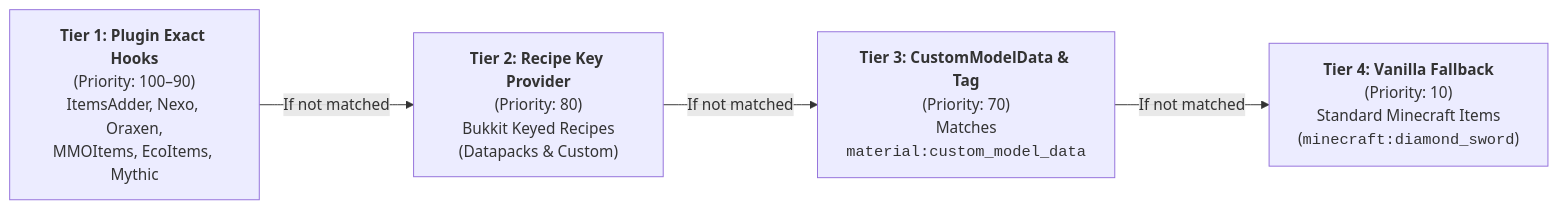
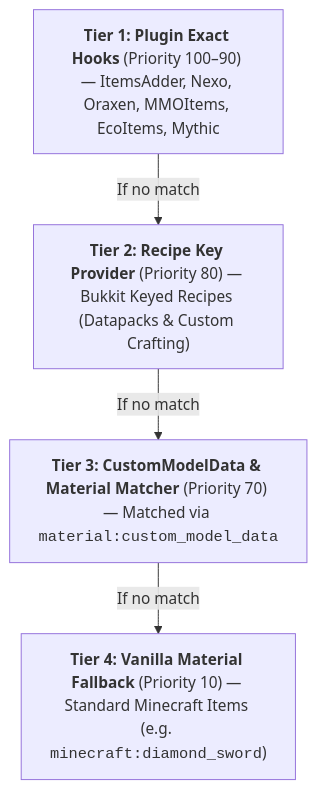
The diagram in docs/authoring/custom-items-spi.md (XZtotal/CraftingBlueprints-Wiki), drawn with Mermaid before and after one commit. The commit also changed 31 other files, not shown here.

Commit message:
style(docs): optimize diagram proportions, center all diagrams, and fix table padding

````diff
--- a/docs/authoring/custom-items-spi.md
+++ b/docs/authoring/custom-items-spi.md
@@ -33,11 +33,7 @@
 ```mermaid
-flowchart LR
-    T1["<b>Tier 1: Plugin Exact Hooks</b><br/>(Priority: 100–90)<br/>ItemsAdder, Nexo, Oraxen,<br/>MMOItems, EcoItems, Mythic"]
-    T2["<b>Tier 2: Recipe Key Provider</b><br/>(Priority: 80)<br/>Bukkit Keyed Recipes<br/>(Datapacks &amp; Custom)"]
-    T3["<b>Tier 3: CustomModelData &amp; Tag</b><br/>(Priority: 70)<br/>Matches<br/><code>material:custom_model_data</code>"]
-    T4["<b>Tier 4: Vanilla Fallback</b><br/>(Priority: 10)<br/>Standard Minecraft Items<br/>(<code>minecraft:diamond_sword</code>)"]
-
-    T1 -->|If not matched| T2
-    T2 -->|If not matched| T3
-    T3 -->|If not matched| T4
+flowchart TD
+    T1["<b>Tier 1: Plugin Exact Hooks</b> (Priority 100–90) — ItemsAdder, Nexo, Oraxen, MMOItems, EcoItems, Mythic"]
+    -->|If no match| T2["<b>Tier 2: Recipe Key Provider</b> (Priority 80) — Bukkit Keyed Recipes (Datapacks & Custom Crafting)"]
+    -->|If no match| T3["<b>Tier 3: CustomModelData & Material Matcher</b> (Priority 70) — Matched via <code>material:custom_model_data</code>"]
+    -->|If no match| T4["<b>Tier 4: Vanilla Material Fallback</b> (Priority 10) — Standard Minecraft Items (e.g. <code>minecraft:diamond_sword</code>)"]
 ```
````
